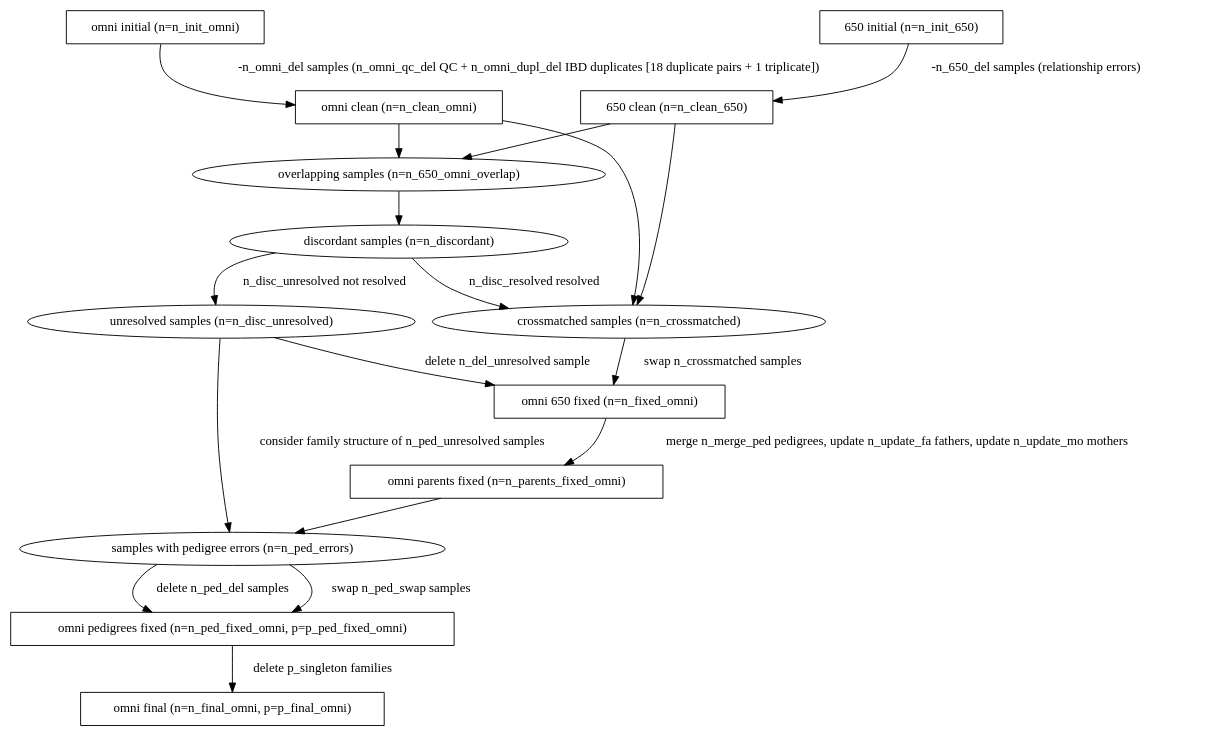
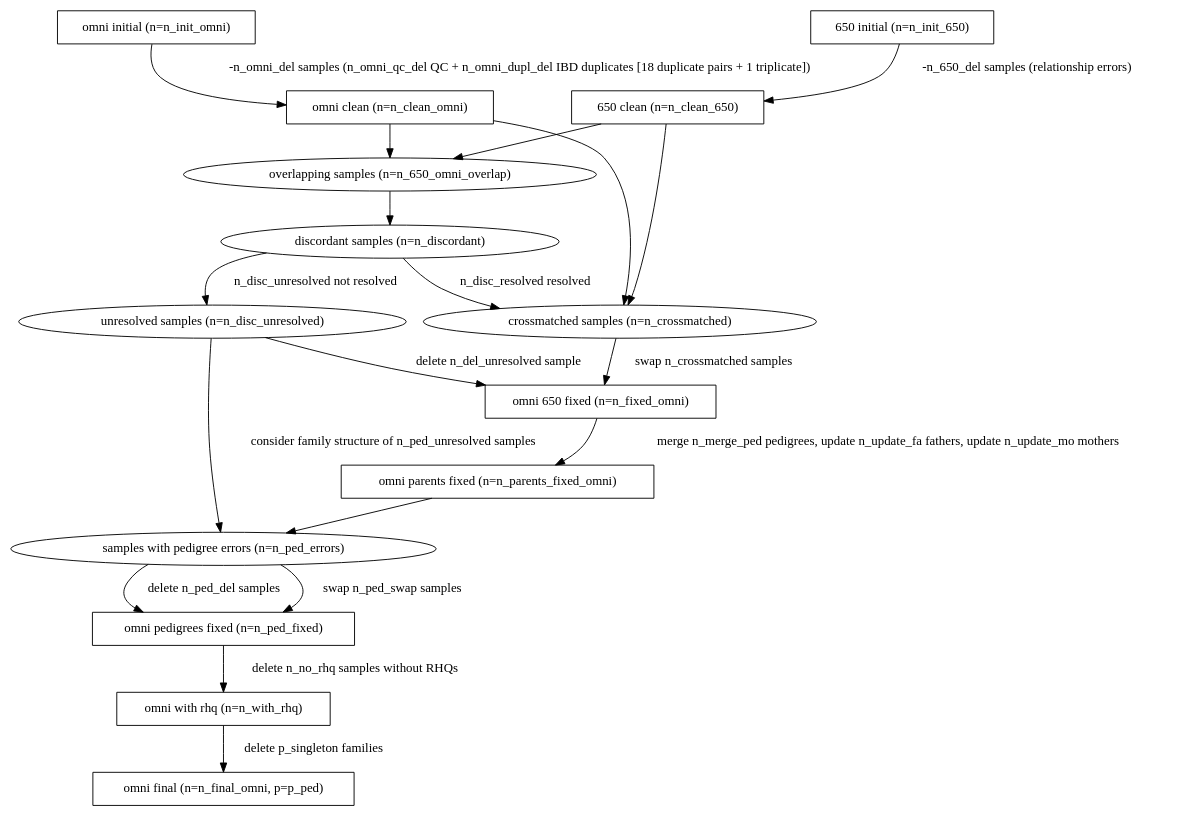
Before and after one commit to TOPMed-BAGS/sample_identity: the diagram in doc/flow.dot, drawn with Graphviz. The commit also changed 3 other files, not shown here.

Commit message:
Samples with no RHQs are now also deleted

```diff
--- a/doc/flow.dot
+++ b/doc/flow.dot
@@ -1,35 +1,37 @@
 #!dot
 digraph {
     INIT_SIX       [label="650 initial (n=n_init_650)", shape=box]
     INIT_OMNI      [label="omni initial (n=n_init_omni)", shape=box]
     CLEAN_SIX      [label="650 clean (n=n_clean_650)", shape=box]
     CLEAN_OMNI     [label="omni clean (n=n_clean_omni)", shape=box]
     OVERLAP        [label="overlapping samples (n=n_650_omni_overlap)"]
     DISCORDANT     [label="discordant samples (n=n_discordant)"]
     CROSSMATCH     [label="crossmatched samples (n=n_crossmatched)"]
     UNRESOLVED     [label="unresolved samples (n=n_disc_unresolved)"]
     FIXED_OMNI     [label="omni 650 fixed (n=n_fixed_omni)", shape=box]
     PAR_FIXED_OMNI [label="omni parents fixed (n=n_parents_fixed_omni)", shape=box]
     PED_ERRORS [label="samples with pedigree errors (n=n_ped_errors)"]
-    PED_FIXED_OMNI [label="omni pedigrees fixed (n=n_ped_fixed_omni, p=p_ped_fixed_omni)", shape=box]
-    FINAL_OMNI     [label="omni final (n=n_final_omni, p=p_final_omni)", shape=box]
+    PED_FIXED_OMNI [label="omni pedigrees fixed (n=n_ped_fixed)", shape=box]
+    PED_WITH_OMNI  [label="omni with rhq (n=n_with_rhq)", shape=box]
+    FINAL_OMNI     [label="omni final (n=n_final_omni, p=p_ped)", shape=box]
 
     INIT_SIX       -> CLEAN_SIX [label=" -n_650_del samples (relationship errors)"];
     INIT_OMNI      -> CLEAN_OMNI [label=" -n_omni_del samples (n_omni_qc_del QC + n_omni_dupl_del IBD duplicates [18 duplicate pairs + 1 triplicate])"];
     CLEAN_SIX      -> OVERLAP;
     CLEAN_OMNI     -> OVERLAP;
     OVERLAP        -> DISCORDANT;
     CLEAN_OMNI     -> CROSSMATCH;
     CLEAN_SIX      -> CROSSMATCH;
     DISCORDANT     -> CROSSMATCH [label=" n_disc_resolved resolved"];
     DISCORDANT     -> UNRESOLVED [label=" n_disc_unresolved not resolved"];
     CROSSMATCH     -> FIXED_OMNI [label=" swap n_crossmatched samples"];
     UNRESOLVED     -> PED_ERRORS [label=" consider family structure of n_ped_unresolved samples"];
     UNRESOLVED     -> FIXED_OMNI [label=" delete n_del_unresolved sample"];
     FIXED_OMNI     -> PAR_FIXED_OMNI [label=" merge n_merge_ped pedigrees, update n_update_fa fathers, update n_update_mo mothers"];
     PAR_FIXED_OMNI -> PED_ERRORS;
     PED_ERRORS     -> PED_FIXED_OMNI [label=" delete n_ped_del samples"];
     PED_ERRORS     -> PED_FIXED_OMNI [label=" swap n_ped_swap samples"];
-    PED_FIXED_OMNI -> FINAL_OMNI [label=" delete p_singleton families"];
+    PED_FIXED_OMNI -> PED_WITH_OMNI [label=" delete n_no_rhq samples without RHQs"];
+    PED_WITH_OMNI -> FINAL_OMNI [label=" delete p_singleton families"];
 
 }
```
